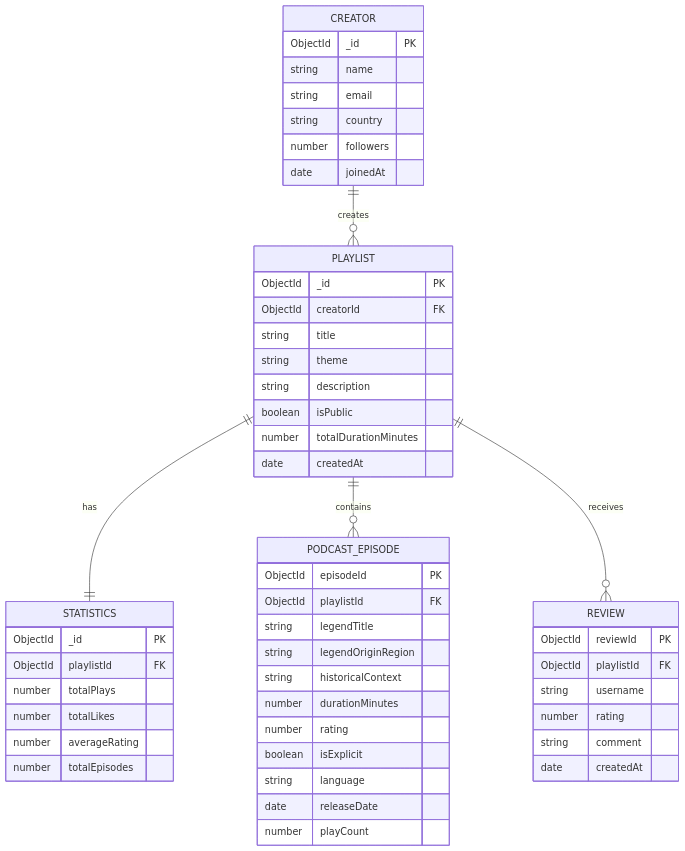
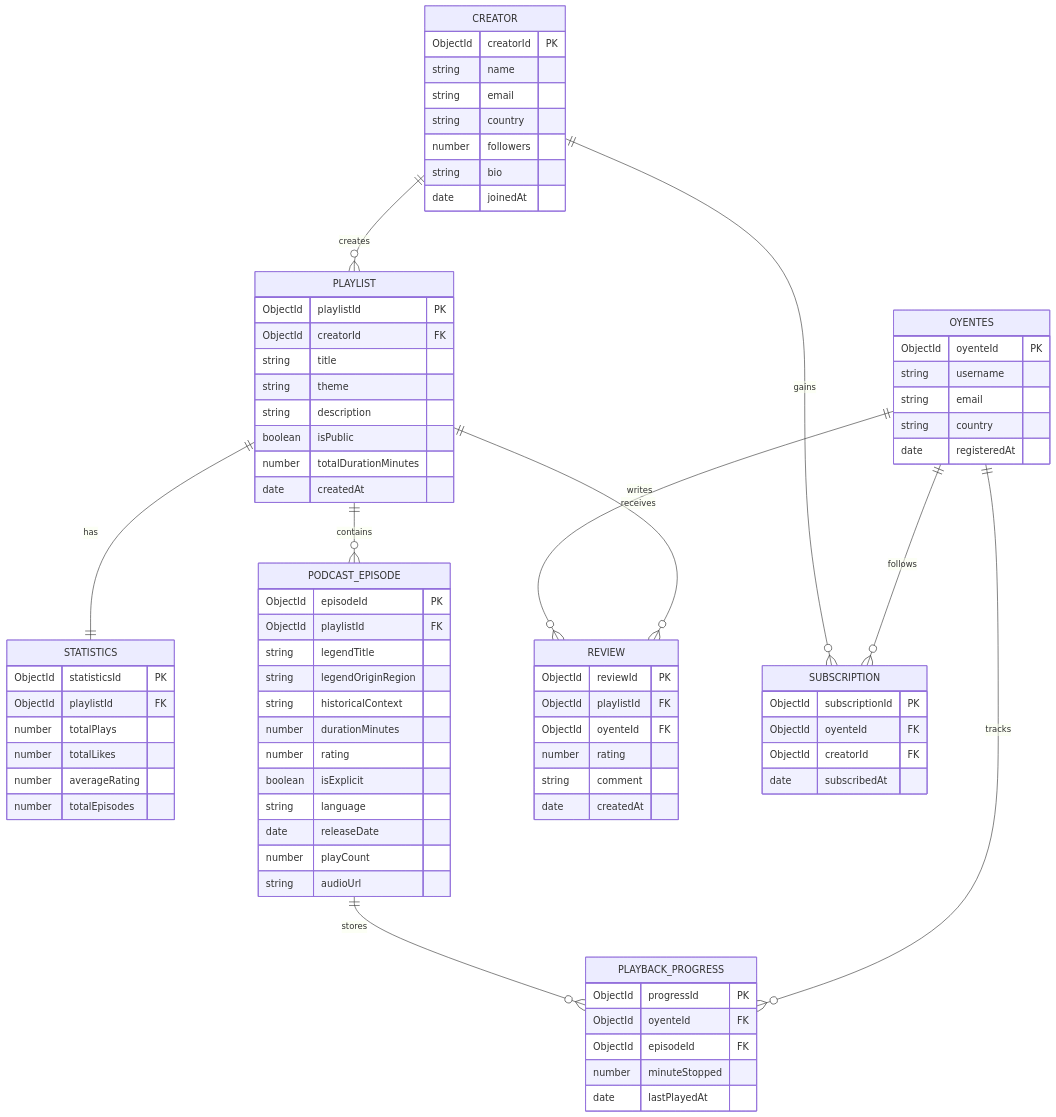
The diagram in docs/schema.md (klraJlpz/Podcasts-), drawn with Mermaid before and after one commit.

Commit message:
Actualizar schema.md

````diff
--- a/docs/schema.md
+++ b/docs/schema.md
@@ -1,8 +1,25 @@
 ```mermaid
 erDiagram
+CREATOR {
+    ObjectId creatorId PK
+    string name
+    string email
+    string country
+    number followers
+    string bio
+    date joinedAt
+}
+
+OYENTES {
+    ObjectId oyenteId PK
+    string username
+    string email
+    string country
+    date registeredAt
+}
 
 PLAYLIST {
-    ObjectId _id PK
+    ObjectId playlistId PK
     ObjectId creatorId FK
     string title
     string theme
@@ -12,17 +29,8 @@
     date createdAt
 }
 
-CREATOR {
-    ObjectId _id PK
-    string name
-    string email
-    string country
-    number followers
-    date joinedAt
-}
-
 STATISTICS {
-    ObjectId _id PK
+    ObjectId statisticsId PK
     ObjectId playlistId FK
     number totalPlays
     number totalLikes
@@ -42,19 +50,40 @@
     string language
     date releaseDate
     number playCount
+    string audioUrl
 }
 
 REVIEW {
     ObjectId reviewId PK
     ObjectId playlistId FK
-    string username
+    ObjectId oyenteId FK
     number rating
     string comment
     date createdAt
+}
+
+PLAYBACK_PROGRESS {
+    ObjectId progressId PK
+    ObjectId oyenteId FK
+    ObjectId episodeId FK
+    number minuteStopped
+    date lastPlayedAt
+}
+
+SUBSCRIPTION {
+    ObjectId subscriptionId PK
+    ObjectId oyenteId FK
+    ObjectId creatorId FK
+    date subscribedAt
 }
 
 CREATOR ||--o{ PLAYLIST : creates
 PLAYLIST ||--|| STATISTICS : has
 PLAYLIST ||--o{ PODCAST_EPISODE : contains
 PLAYLIST ||--o{ REVIEW : receives
+OYENTES ||--o{ REVIEW : writes
+OYENTES ||--o{ PLAYBACK_PROGRESS : tracks
+PODCAST_EPISODE ||--o{ PLAYBACK_PROGRESS : stores
+OYENTES ||--o{ SUBSCRIPTION : follows
+CREATOR ||--o{ SUBSCRIPTION : gains
 ```
````
